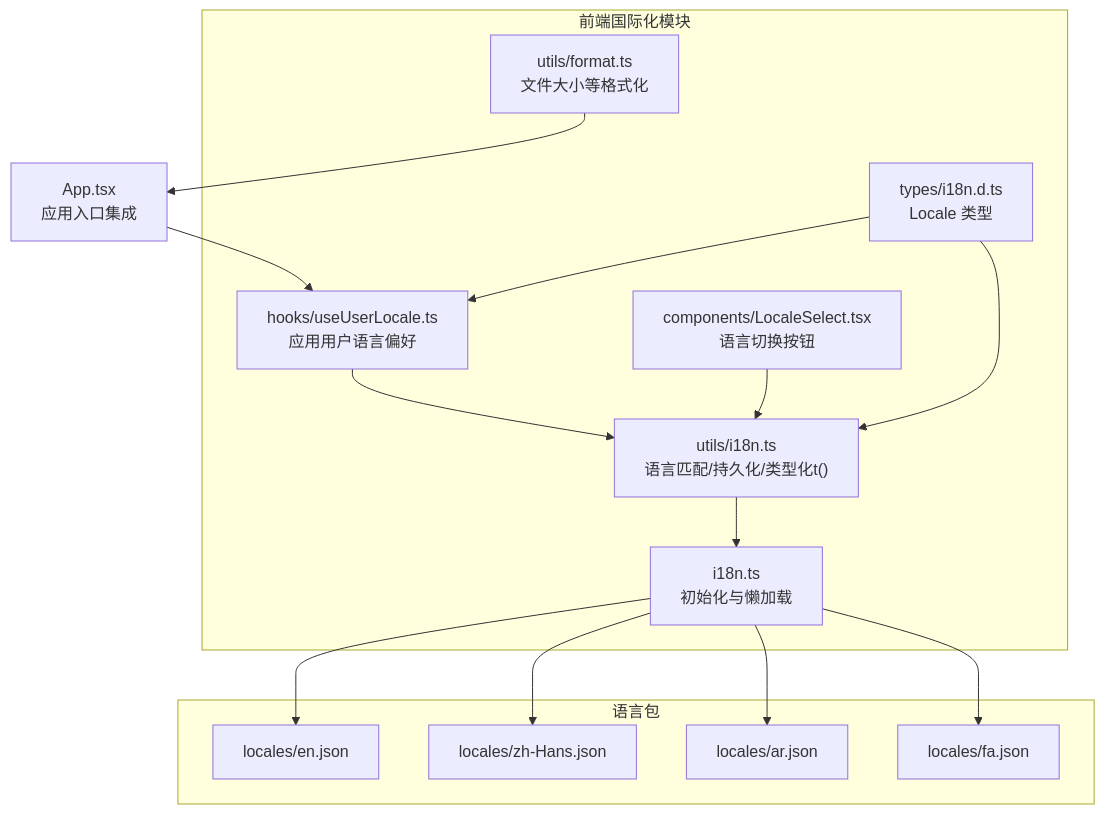
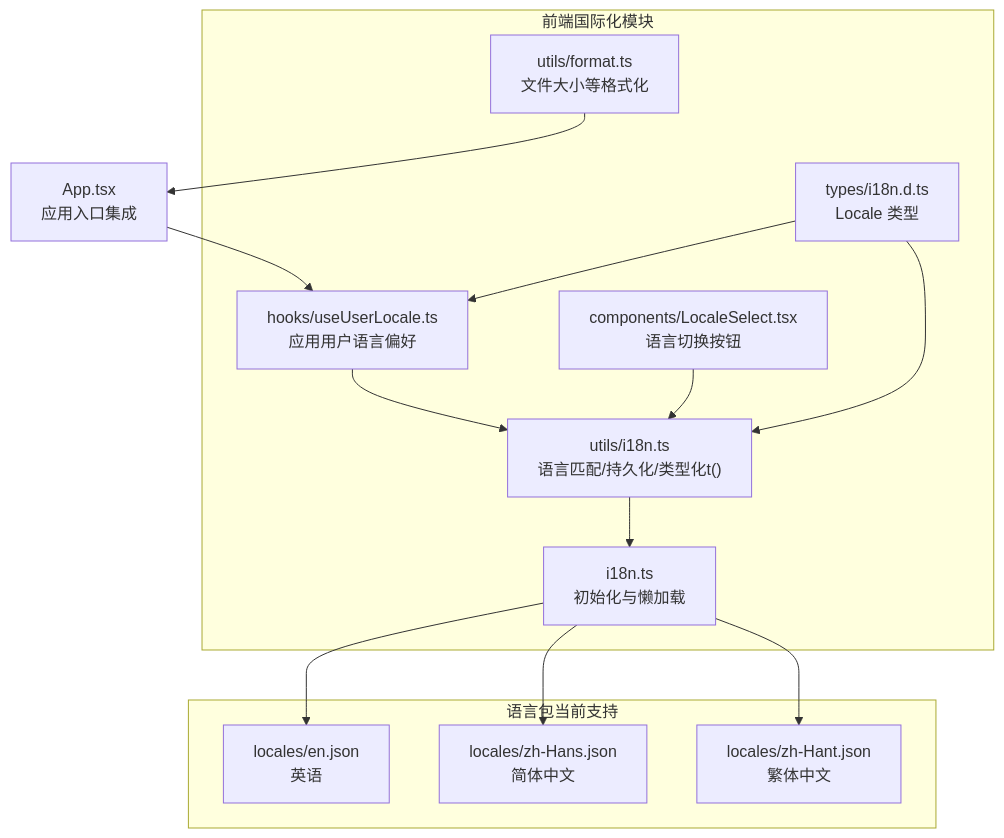
The first of 5 diagrams in .qoder/repowiki/zh/content/前端应用架构/国际化与本地化.md (hrygo/memos), drawn with Mermaid before and after one commit. The commit also changed other lines of this file and 29 other files, not shown here.

````diff
--- a/.qoder/repowiki/zh/content/前端应用架构/国际化与本地化.md
+++ b/.qoder/repowiki/zh/content/前端应用架构/国际化与本地化.md
@@ -47,29 +56,27 @@
 ```mermaid
 graph TB
 subgraph "前端国际化模块"
 I18N["i18n.ts<br/>初始化与懒加载"]
 U18N["utils/i18n.ts<br/>语言匹配/持久化/类型化t()"]
 Hook["hooks/useUserLocale.ts<br/>应用用户语言偏好"]
 Comp["components/LocaleSelect.tsx<br/>语言切换按钮"]
 Types["types/i18n.d.ts<br/>Locale 类型"]
 Format["utils/format.ts<br/>文件大小等格式化"]
 end
-subgraph "语言包"
-En["locales/en.json"]
-ZhHans["locales/zh-Hans.json"]
-Ar["locales/ar.json"]
-Fa["locales/fa.json"]
+subgraph "语言包当前支持"
+En["locales/en.json<br/>英语"]
+ZhHans["locales/zh-Hans.json<br/>简体中文"]
+ZhHant["locales/zh-Hant.json<br/>繁体中文"]
 end
 App["App.tsx<br/>应用入口集成"]
 App --> Hook
 Hook --> U18N
 U18N --> I18N
 I18N --> En
 I18N --> ZhHans
-I18N --> Ar
-I18N --> Fa
+I18N --> ZhHant
 Comp --> U18N
 Types --> U18N
 Types --> Hook
 Format --> App
 ```
````
